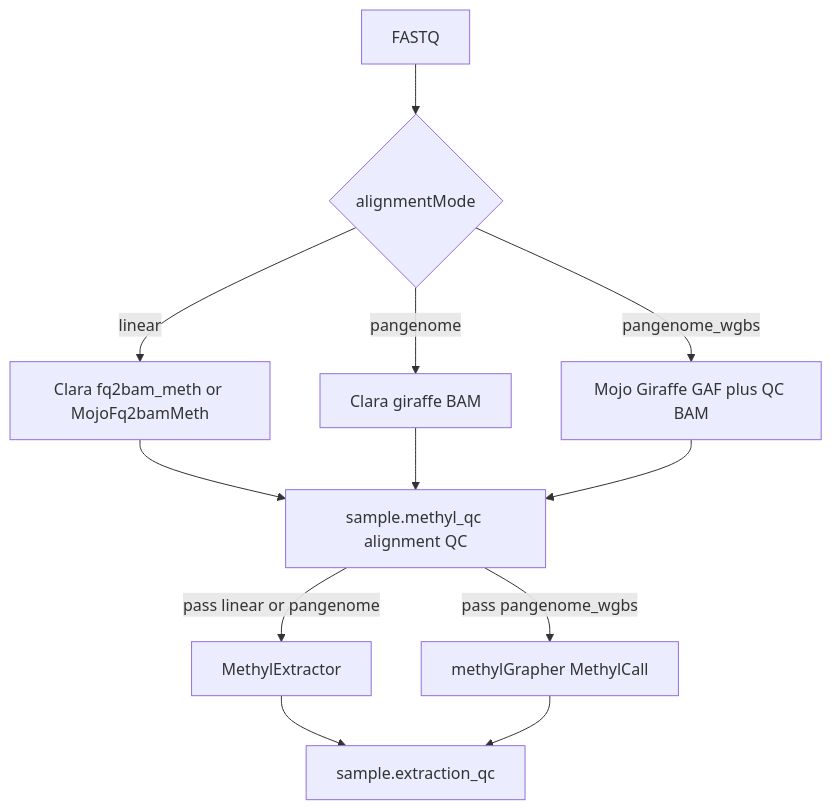
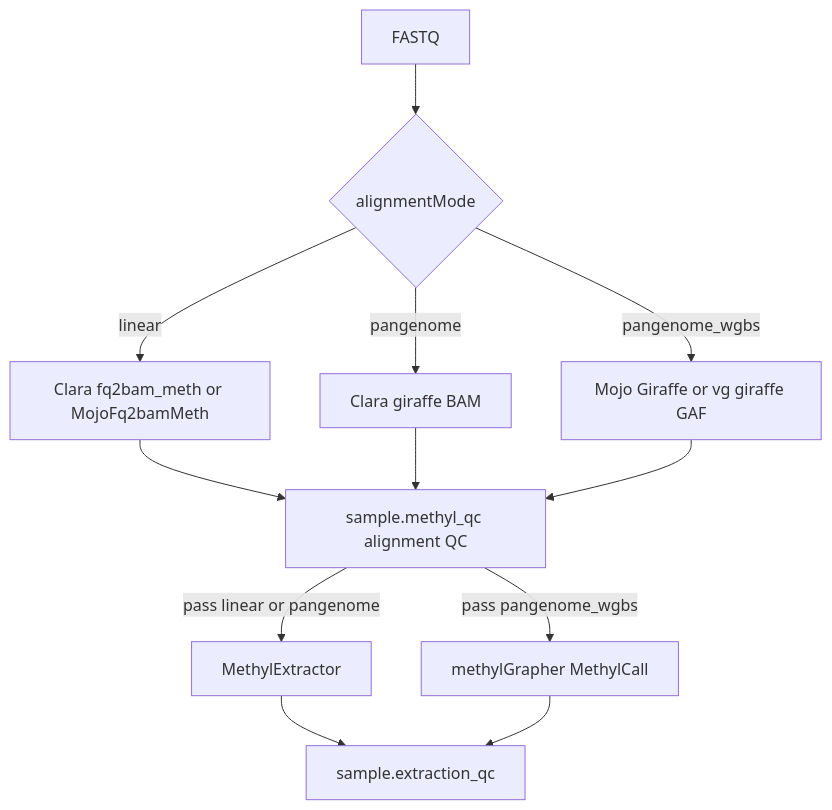
Before and after one commit to Goliath-Research/GoliathWorkflow: the diagram in docs/architecture/sample-prep-tooling.md, drawn with Mermaid. The commit also changed other lines of this file and 8 other files, not shown here.

````diff
--- a/docs/architecture/sample-prep-tooling.md
+++ b/docs/architecture/sample-prep-tooling.md
@@ -29,14 +29,14 @@
 ```mermaid
 flowchart TD
   FQ[FASTQ] --> MODE{alignmentMode}
   MODE -->|linear| LIN[Clara fq2bam_meth or MojoFq2bamMeth]
   MODE -->|pangenome| PG[Clara giraffe BAM]
-  MODE -->|pangenome_wgbs| WGBS[Mojo Giraffe GAF plus QC BAM]
+  MODE -->|pangenome_wgbs| WGBS[Mojo Giraffe or vg giraffe GAF]
   LIN --> AQC[sample.methyl_qc alignment QC]
   PG --> AQC
   WGBS --> AQC
   AQC -->|pass linear or pangenome| ME[MethylExtractor]
   AQC -->|pass pangenome_wgbs| MCall[methylGrapher MethylCall]
   ME --> EQC[sample.extraction_qc]
   MCall --> EQC
 ```
````
